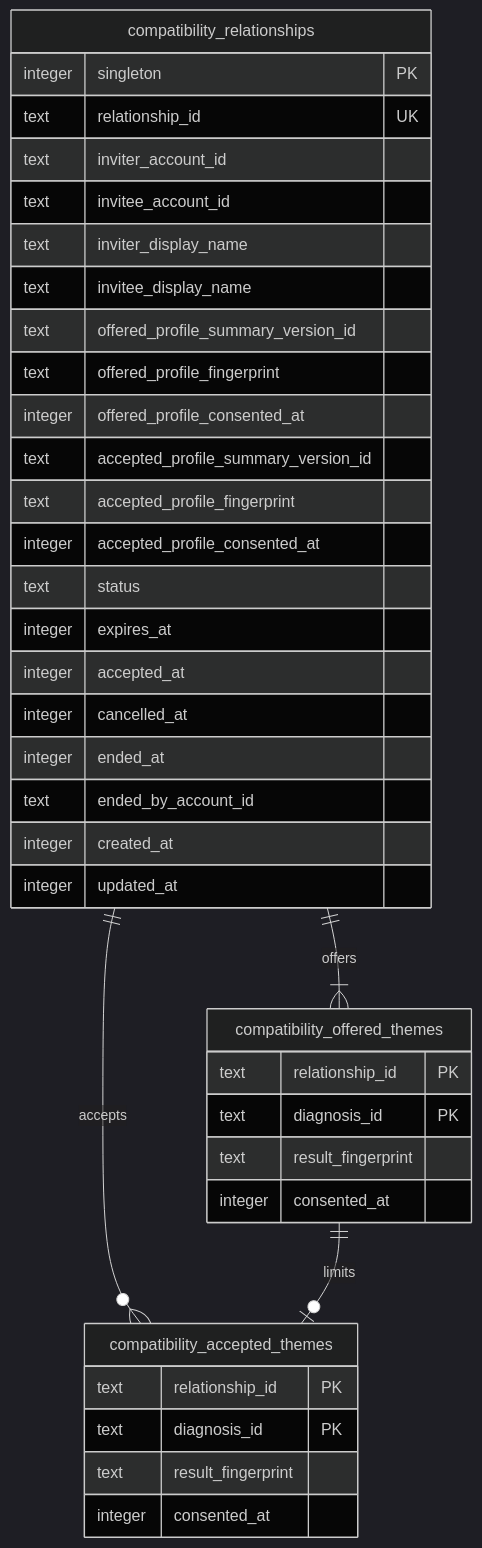
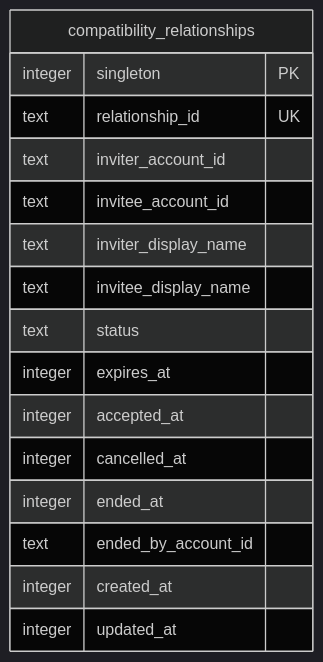
Before and after one commit to kkyosuke/me-builder: the third of 4 diagrams in docs/architecture/compatibility-data-design.md, drawn with Mermaid (dark theme). The commit also changed other lines of this file and 68 other files, not shown here.

````diff
--- a/docs/architecture/compatibility-data-design.md
+++ b/docs/architecture/compatibility-data-design.md
@@ -54,41 +56,19 @@
 ```mermaid
 erDiagram
-    compatibility_relationships ||--|{ compatibility_offered_themes : offers
-    compatibility_relationships ||--o{ compatibility_accepted_themes : accepts
-    compatibility_offered_themes ||--o| compatibility_accepted_themes : limits
-
     compatibility_relationships {
       integer singleton PK
       text relationship_id UK
       text inviter_account_id
       text invitee_account_id
       text inviter_display_name
       text invitee_display_name
-      text offered_profile_summary_version_id
-      text offered_profile_fingerprint
-      integer offered_profile_consented_at
-      text accepted_profile_summary_version_id
-      text accepted_profile_fingerprint
-      integer accepted_profile_consented_at
       text status
       integer expires_at
       integer accepted_at
       integer cancelled_at
       integer ended_at
       text ended_by_account_id
       integer created_at
       integer updated_at
     }
-    compatibility_offered_themes {
-      text relationship_id PK
-      text diagnosis_id PK
-      text result_fingerprint
-      integer consented_at
-    }
-    compatibility_accepted_themes {
-      text relationship_id PK
-      text diagnosis_id PK
-      text result_fingerprint
-      integer consented_at
-    }
 ```
````
